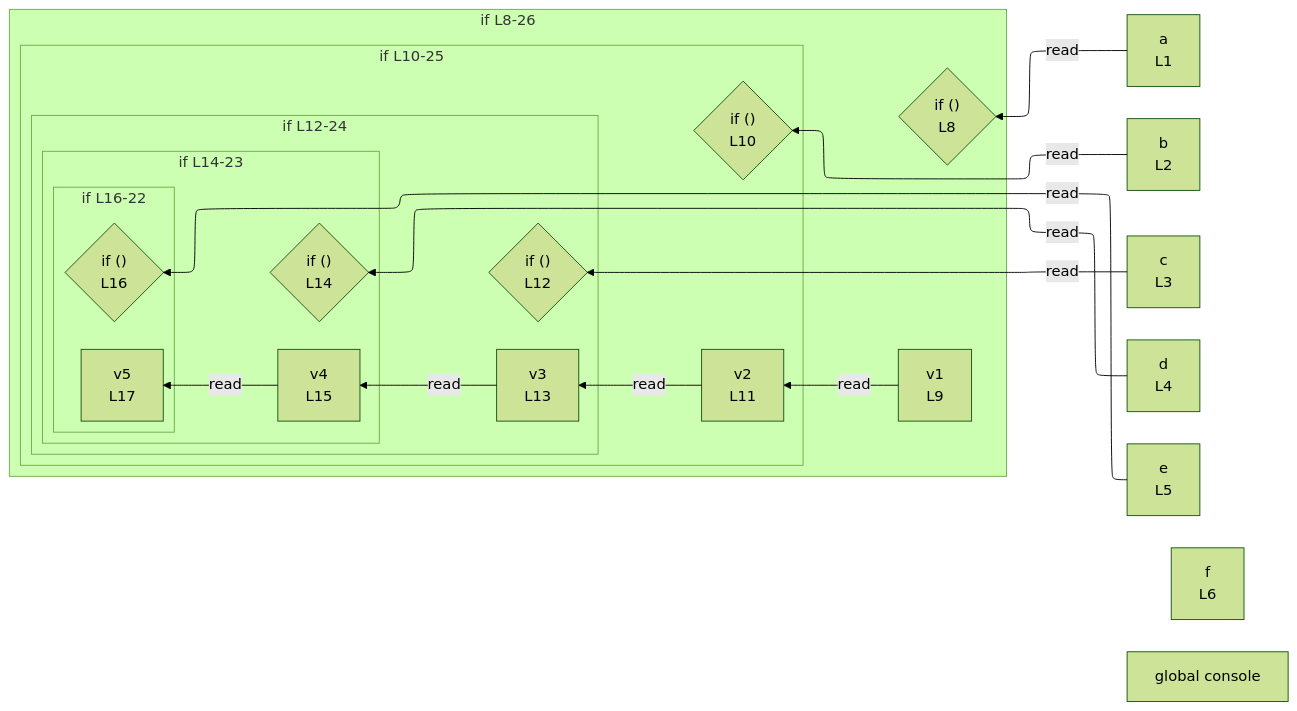
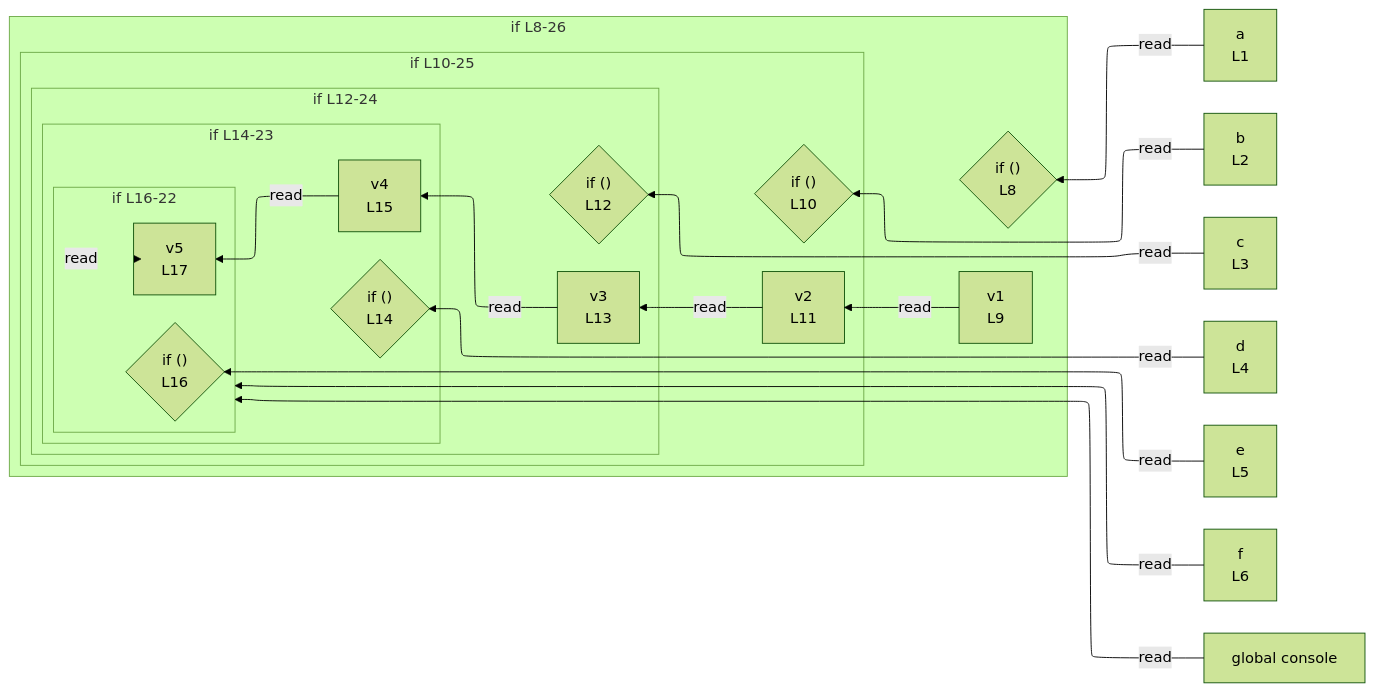
One commit to crescware/unsnarl changed the diagram in integration/fixtures/app-behavior/depth/if/depth-5/preview.md. Above: the diagram before and after it, drawn with Mermaid (forest theme). The commit also changed 63 other files, not shown here.

````diff
--- a/integration/fixtures/app-behavior/depth/if/depth-5/preview.md
+++ b/integration/fixtures/app-behavior/depth/if/depth-5/preview.md
@@ -36,45 +36,48 @@
 ```mermaid
 %%{init: {"flowchart": {"defaultRenderer": "elk"}}}%%
 flowchart RL
   n_scope_0_a_6["a<br/>L1"]
   n_scope_0_b_22["b<br/>L2"]
   n_scope_0_c_38["c<br/>L3"]
   n_scope_0_d_54["d<br/>L4"]
   n_scope_0_e_70["e<br/>L5"]
   n_scope_0_f_86["f<br/>L6"]
   n_scope_0_console_324["global console"]
   subgraph s_scope_1["if L8-26"]
     direction RL
     if_test_scope_0_97{"if ()<br/>L8"}
     n_scope_1_v1_114["v1<br/>L9"]
     subgraph s_scope_2["if L10-25"]
       direction RL
       if_test_scope_1_124{"if ()<br/>L10"}
       n_scope_2_v2_143["v2<br/>L11"]
       subgraph s_scope_3["if L12-24"]
         direction RL
         if_test_scope_2_156{"if ()<br/>L12"}
         n_scope_3_v3_177["v3<br/>L13"]
         subgraph s_scope_4["if L14-23"]
           direction RL
           if_test_scope_3_192{"if ()<br/>L14"}
           n_scope_4_v4_215["v4<br/>L15"]
           subgraph s_scope_5["if L16-22"]
             direction RL
             if_test_scope_4_232{"if ()<br/>L16"}
             n_scope_5_v5_257["v5<br/>L17"]
           end
         end
       end
     end
   end
   n_scope_0_a_6 -->|read| if_test_scope_0_97
   n_scope_0_b_22 -->|read| if_test_scope_1_124
   n_scope_1_v1_114 -->|read| n_scope_2_v2_143
   n_scope_0_c_38 -->|read| if_test_scope_2_156
   n_scope_2_v2_143 -->|read| n_scope_3_v3_177
   n_scope_0_d_54 -->|read| if_test_scope_3_192
   n_scope_3_v3_177 -->|read| n_scope_4_v4_215
   n_scope_0_e_70 -->|read| if_test_scope_4_232
   n_scope_4_v4_215 -->|read| n_scope_5_v5_257
+  n_scope_0_f_86 -->|read| s_scope_5
+  n_scope_5_v5_257 -->|read| s_scope_5
+  n_scope_0_console_324 -->|read| s_scope_5
 ```
````
